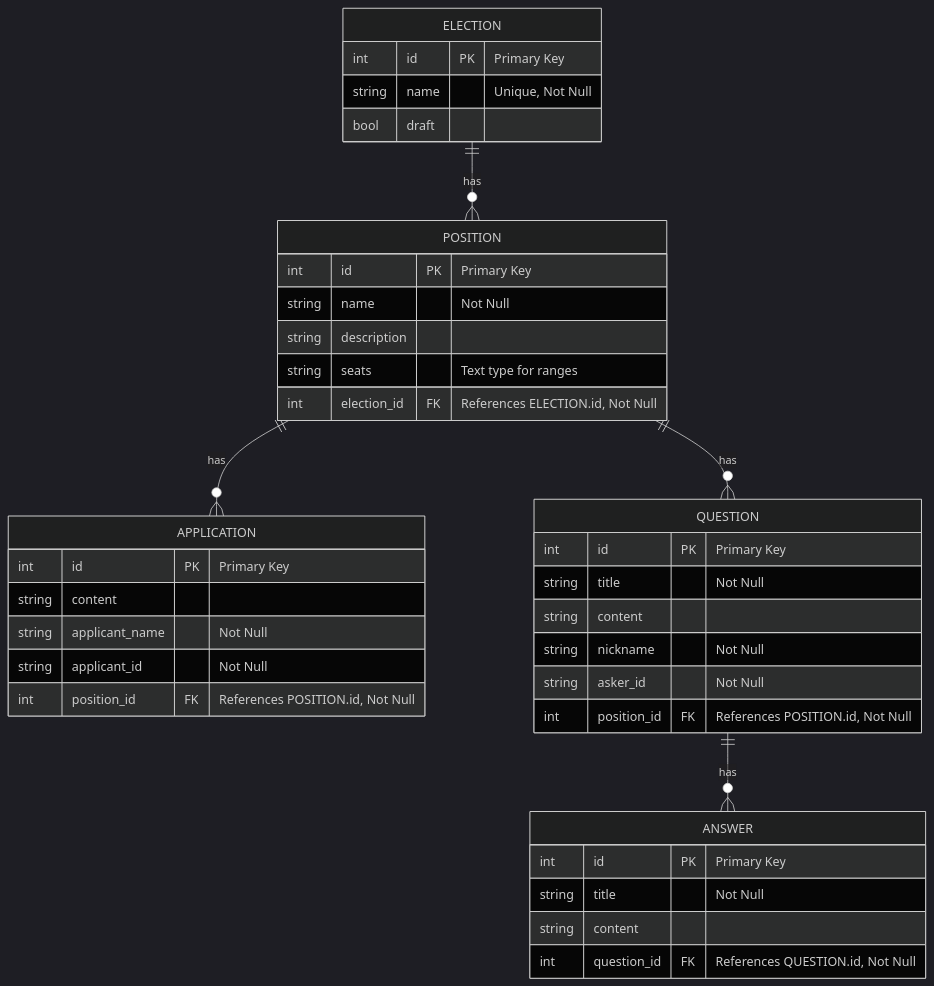
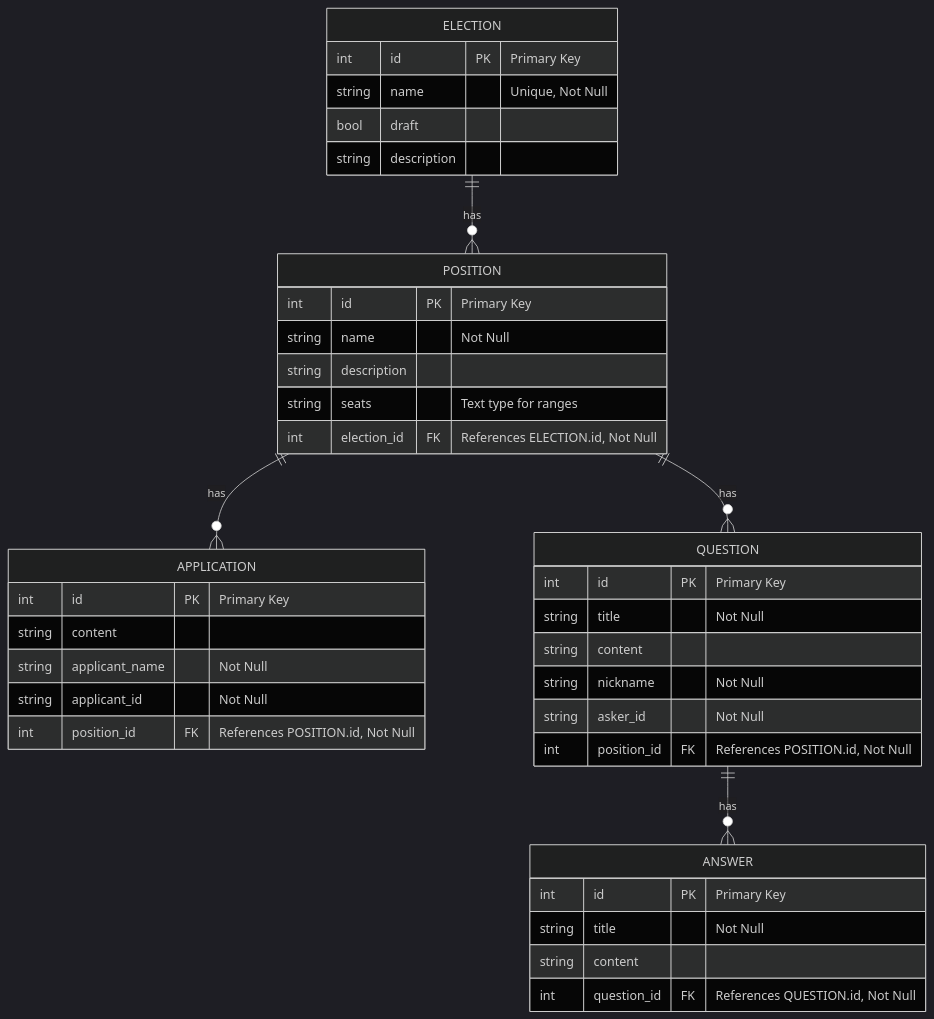
The diagram in README.md (Prodeko/vaaliplatta), drawn with Mermaid (dark theme) before and after one commit.

Commit message:
update mermaid schema in readme

````diff
--- a/README.md
+++ b/README.md
@@ -27,41 +27,42 @@
 ```mermaid
 erDiagram
     ELECTION {
         int id PK "Primary Key"
         string name "Unique, Not Null"
         bool draft
+        string description
     }
     POSITION {
         int id PK "Primary Key"
         string name "Not Null"
         string description
         string seats "Text type for ranges"
         int election_id FK "References ELECTION.id, Not Null"
     }
     APPLICATION {
         int id PK "Primary Key"
         string content
         string applicant_name "Not Null"
         string applicant_id "Not Null"
         int position_id FK "References POSITION.id, Not Null"
     }
     QUESTION {
         int id PK "Primary Key"
         string title "Not Null"
         string content
         string nickname "Not Null"
         string asker_id "Not Null"
         int position_id FK "References POSITION.id, Not Null"
     }
     ANSWER {
         int id PK "Primary Key"
         string title "Not Null"
         string content
         int question_id FK "References QUESTION.id, Not Null"
     }
 
     ELECTION ||--o{ POSITION : "has"
     POSITION ||--o{ APPLICATION : "has"
     POSITION ||--o{ QUESTION : "has"
     QUESTION ||--o{ ANSWER : "has"
 ```
````
